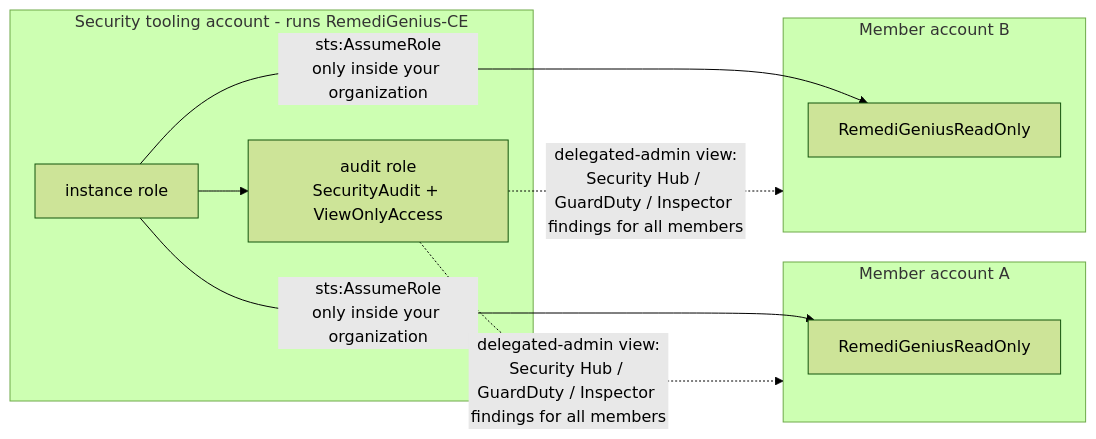
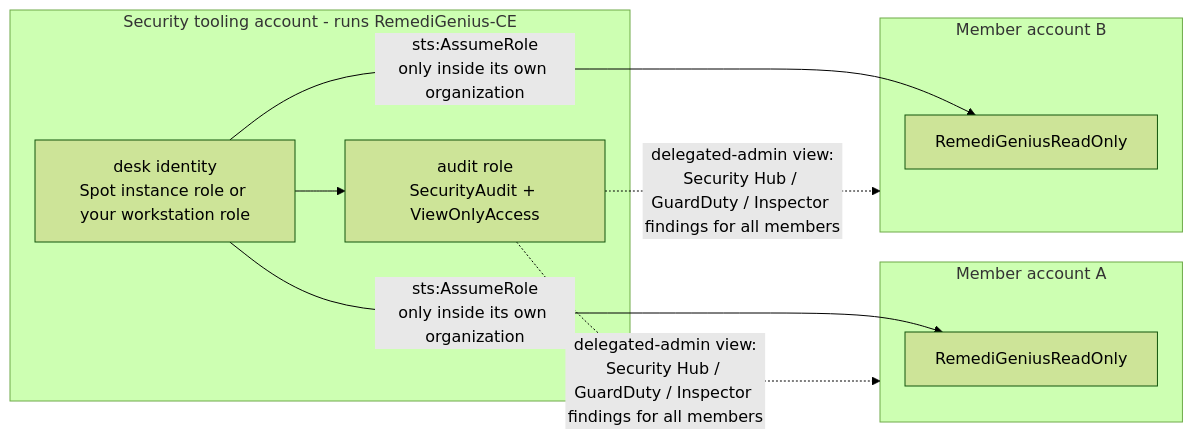
Before and after one commit to IaCGenius/RemediGenius: the diagram in docs/MULTI-ACCOUNT.md, drawn with Mermaid (forest theme). The commit also changed other lines of this file and 26 other files, not shown here.

````diff
--- a/docs/MULTI-ACCOUNT.md
+++ b/docs/MULTI-ACCOUNT.md
@@ -7,14 +35,14 @@
 ```mermaid
 flowchart LR
   subgraph Tooling[Security tooling account - runs RemediGenius-CE]
-    I[instance role] --> A[audit role<br/>SecurityAudit + ViewOnlyAccess]
+    I[desk identity<br/>Spot instance role or your workstation role] --> A[audit role<br/>SecurityAudit + ViewOnlyAccess]
   end
   subgraph M1[Member account A]
     R1[RemediGeniusReadOnly]
   end
   subgraph M2[Member account B]
     R2[RemediGeniusReadOnly]
   end
-  I -- sts:AssumeRole<br/>only inside your organization --> R1 & R2
+  I -- sts:AssumeRole<br/>only inside its own organization --> R1 & R2
   A -. delegated-admin view:<br/>Security Hub / GuardDuty / Inspector findings for all members .-> M1 & M2
 ```
````
